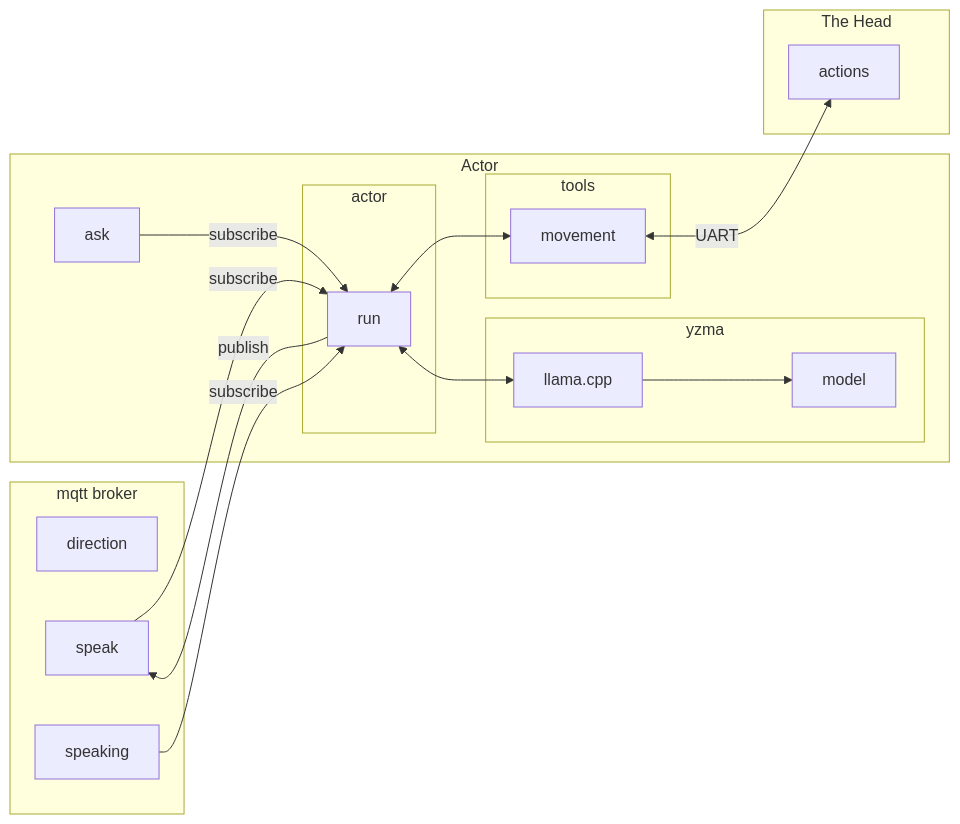
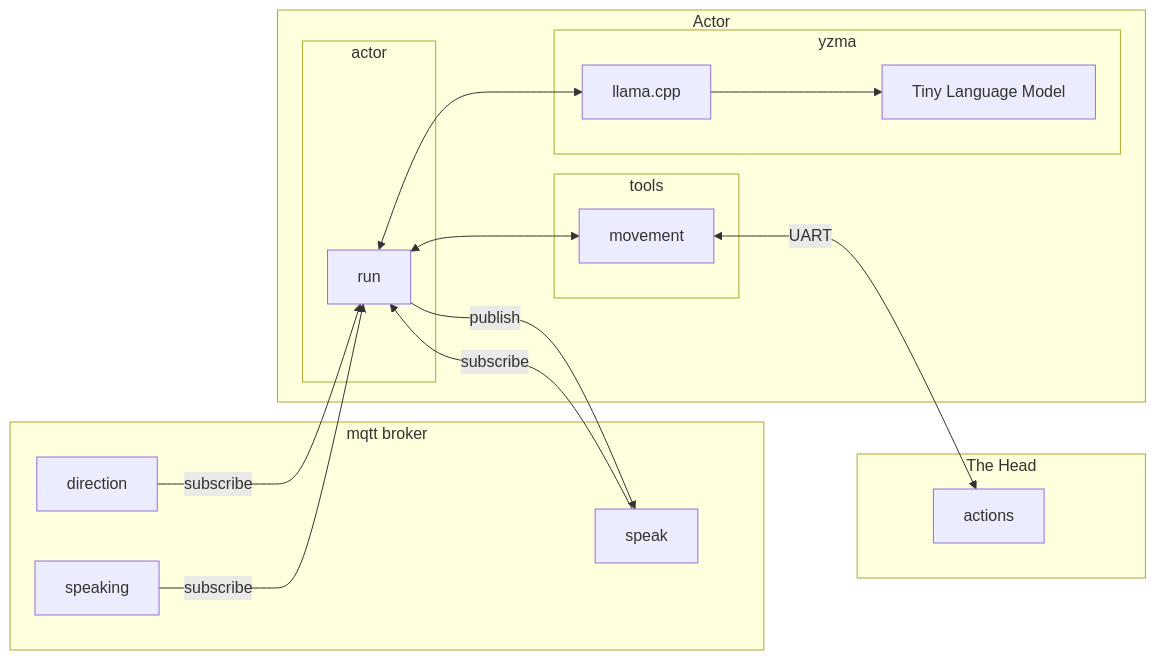
Before and after one commit to deadprogram/talkingheads: the second of 6 diagrams in README.md, drawn with Mermaid. The commit also changed other lines of this file and 9 other files, not shown here.

````diff
--- a/README.md
+++ b/README.md
@@ -45,27 +45,27 @@
 ```mermaid
 flowchart LR
 subgraph mqtt broker
     direction
     speak
     speaking
 end
 subgraph Actor
     subgraph actor
         run
     end
     subgraph tools
         run<-->movement
     end
     subgraph yzma
         run<-->llama.cpp
-        llama.cpp-->model
+        llama.cpp-->model[Tiny Language Model]
     end
-    ask-- subscribe -->run
+    direction-- subscribe -->run
     run-- publish -->speak
     speak-- subscribe -->run
     speaking-- subscribe -->run
 end
 subgraph The Head
     movement<-- UART -->actions
 end
 ```
````
